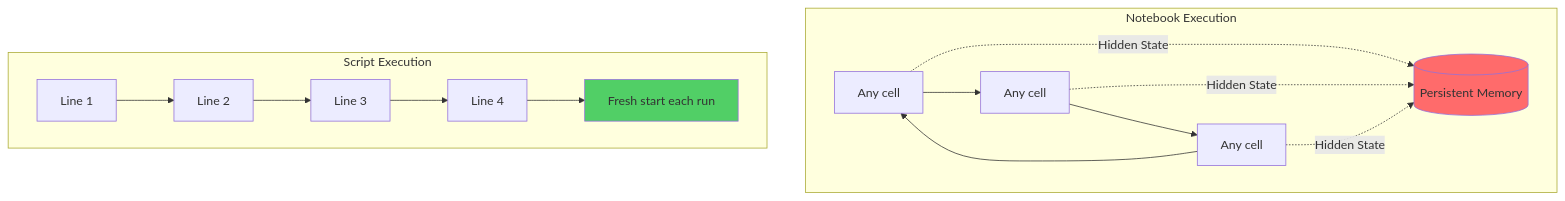
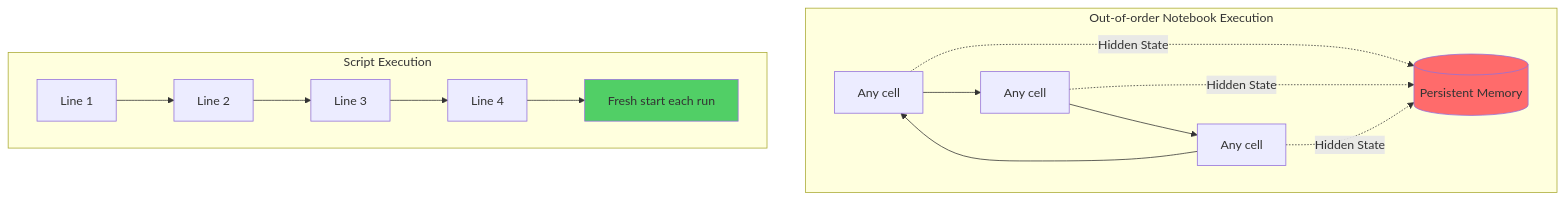
Before and after one commit to astrobytes-edu/comp521: the second of 2 diagrams in 03-python/01-python-environment.md, drawn with Mermaid. The commit also changed other lines of this file and 5 other files, not shown here.

````diff
--- a/03-python/01-python-environment.md
+++ b/03-python/01-python-environment.md
@@ -712,21 +727,21 @@
 ```{mermaid}
 graph TD
-    subgraph "Notebook Execution"
+    subgraph "Out-of-order Notebook Execution"
         N1[Any cell] --> N2[Any cell]
         N2 --> N3[Any cell]
         N3 --> N1
         N1 -.->|Hidden State| NS[(Persistent Memory)]
         N2 -.->|Hidden State| NS
         N3 -.->|Hidden State| NS
     end
 
     subgraph "Script Execution"
         S1[Line 1] --> S2[Line 2]
         S2 --> S3[Line 3]
         S3 --> S4[Line 4]
         S4 --> S5[Fresh start each run]
     end
 
     style NS fill:#ff6b6b
     style S5 fill:#51cf66
 ```
````
